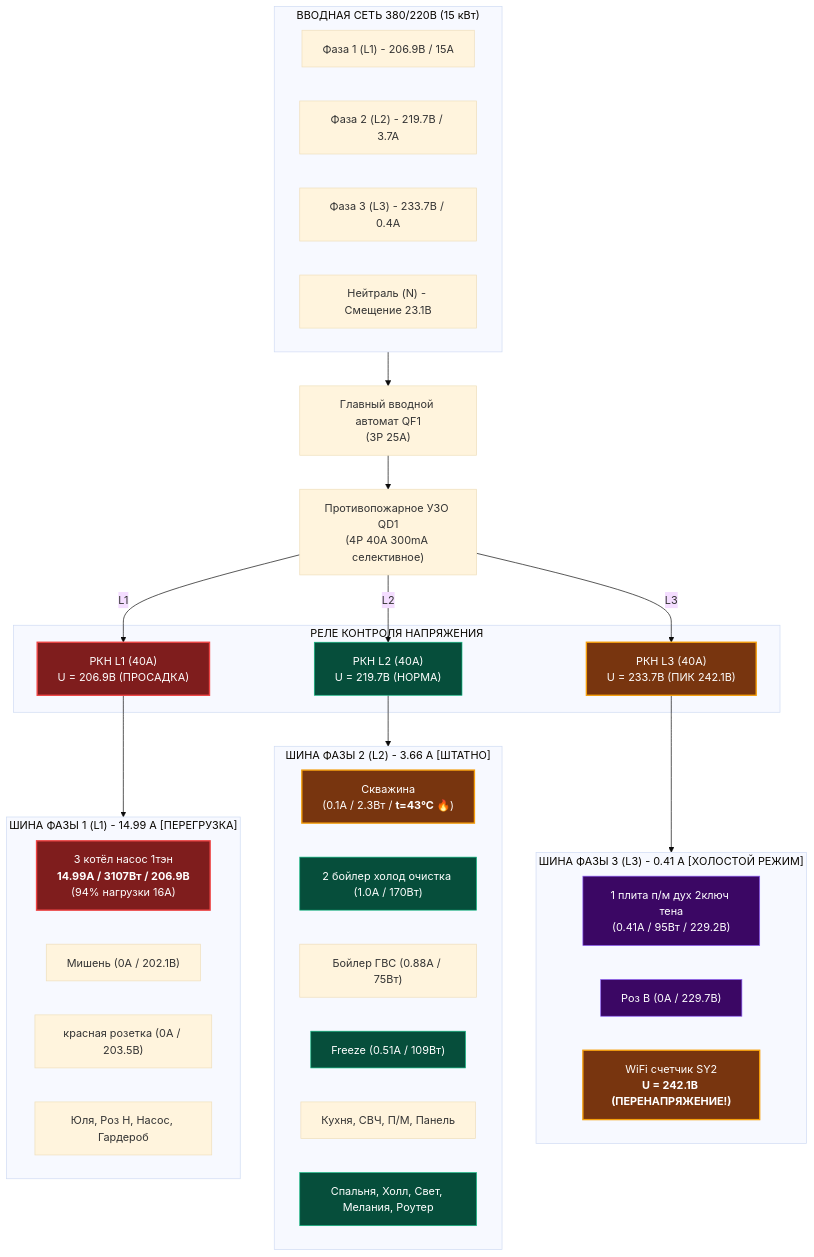
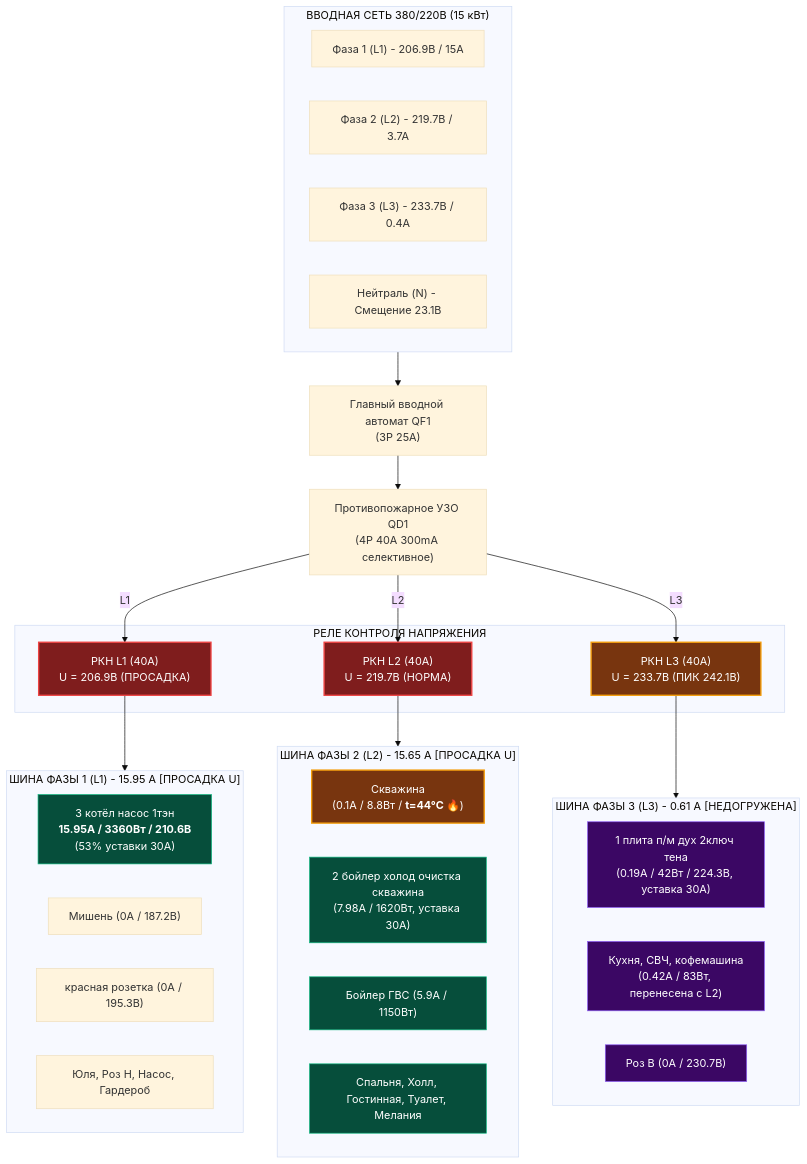
Before and after one commit to Dmitran13/home-electrical-schema: the diagram in README.md, drawn with Mermaid (base theme). The commit also changed other lines of this file and 3 other files, not shown here.

````diff
--- a/README.md
+++ b/README.md
@@ -162,60 +163,58 @@
 ```mermaid
 flowchart TD
     subgraph GRID ["ВВОДНАЯ СЕТЬ 380/220В (15 кВт)"]
         IN_L1["Фаза 1 (L1) - 206.9В / 15А"]
         IN_L2["Фаза 2 (L2) - 219.7В / 3.7А"]
         IN_L3["Фаза 3 (L3) - 233.7В / 0.4А"]
         IN_N["Нейтраль (N) - Смещение 23.1В"]
     end
 
     QF1["Главный вводной автомат QF1<br/>(3P 25A)"]
     QD1["Противопожарное УЗО QD1<br/>(4P 40A 300mA селективное)"]
 
     GRID --> QF1 --> QD1
 
     subgraph V_RELAYS ["РЕЛЕ КОНТРОЛЯ НАПРЯЖЕНИЯ"]
         RKN1["РКН L1 (40A)<br/>U = 206.9В (ПРОСАДКА)"]
         RKN2["РКН L2 (40A)<br/>U = 219.7В (НОРМА)"]
         RKN3["РКН L3 (40A)<br/>U = 233.7В (ПИК 242.1В)"]
     end
 
     QD1 -->|L1| RKN1
     QD1 -->|L2| RKN2
     QD1 -->|L3| RKN3
 
-    subgraph BUS_L1 ["ШИНА ФАЗЫ 1 (L1) - 14.99 А [ПЕРЕГРУЗКА]"]
-        L1_KOTEL["3 котёл насос 1тэн<br/><b>14.99A / 3107Вт / 206.9В</b><br/>(94% нагрузки 16А)"]
-        L1_MISH["Мишень (0A / 202.1В)"]
-        L1_KROZ["красная розетка (0A / 203.5В)"]
+    subgraph BUS_L1 ["ШИНА ФАЗЫ 1 (L1) - 15.95 А [ПРОСАДКА U]"]
+        L1_KOTEL["3 котёл насос 1тэн<br/><b>15.95A / 3360Вт / 210.6В</b><br/>(53% уставки 30А)"]
+        L1_MISH["Мишень (0A / 187.2В)"]
+        L1_KROZ["красная розетка (0A / 195.3В)"]
         L1_REST["Юля, Роз Н, Насос, Гардероб"]
     end
 
-    subgraph BUS_L2 ["ШИНА ФАЗЫ 2 (L2) - 3.66 А [ШТАТНО]"]
-        L2_SKV["Скважина<br/>(0.1A / 2.3Вт / <b>t=43°C 🔥</b>)"]
-        L2_BOIL["2 бойлер холод очистка (1.0A / 170Вт)"]
-        L2_BOIL2["Бойлер ГВС (0.88A / 75Вт)"]
-        L2_FRZ["Freeze (0.51A / 109Вт)"]
-        L2_KITCH["Кухня, СВЧ, П/М, Панель"]
-        L2_ROOMS["Спальня, Холл, Свет, Мелания, Роутер"]
+    subgraph BUS_L2 ["ШИНА ФАЗЫ 2 (L2) - 15.65 А [ПРОСАДКА U]"]
+        L2_SKV["Скважина<br/>(0.1A / 8.8Вт / <b>t=44°C 🔥</b>)"]
+        L2_BOIL["2 бойлер холод очистка скважина<br/>(7.98A / 1620Вт, уставка 30А)"]
+        L2_BOIL2["Бойлер ГВС (5.9A / 1150Вт)"]
+        L2_ROOMS["Спальня, Холл, Гостинная, Туалет, Мелания"]
     end
 
-    subgraph BUS_L3 ["ШИНА ФАЗЫ 3 (L3) - 0.41 А [ХОЛОСТОЙ РЕЖИМ]"]
-        L3_PLITA["1 плита п/м дух 2ключ тена<br/>(0.41A / 95Вт / 229.2В)"]
-        L3_ROZV["Роз В (0A / 229.7В)"]
-        L3_SY2["WiFi счетчик SY2<br/><b>U = 242.1В (ПЕРЕНАПРЯЖЕНИЕ!)</b>"]
+    subgraph BUS_L3 ["ШИНА ФАЗЫ 3 (L3) - 0.61 А [НЕДОГРУЖЕНА]"]
+        L3_PLITA["1 плита п/м дух 2ключ тена<br/>(0.19A / 42Вт / 224.3В, уставка 30А)"]
+        L3_KITCH["Кухня, СВЧ, кофемашина<br/>(0.42A / 83Вт, перенесена с L2)"]
+        L3_ROZV["Роз В (0A / 230.7В)"]
     end
 
     RKN1 --> BUS_L1
     RKN2 --> BUS_L2
     RKN3 --> BUS_L3
 
     classDef crit fill:#7f1d1d,stroke:#ef4444,stroke-width:2px,color:#fff;
     classDef warn fill:#78350f,stroke:#f59e0b,stroke-width:2px,color:#fff;
     classDef ok fill:#064e3b,stroke:#10b981,stroke-width:1px,color:#fff;
     classDef l3style fill:#3b0764,stroke:#8b5cf6,stroke-width:1px,color:#fff;
 
-    class L1_KOTEL,RKN1 crit;
-    class L2_SKV,L3_SY2,RKN3 warn;
-    class RKN2,L2_BOIL,L2_FRZ,L2_ROOMS ok;
-    class L3_PLITA,L3_ROZV l3style;
+    class RKN1,RKN2 crit;
+    class L2_SKV,RKN3 warn;
+    class L1_KOTEL,L2_BOIL,L2_BOIL2,L2_ROOMS ok;
+    class L3_PLITA,L3_KITCH,L3_ROZV l3style;
 ```
````
